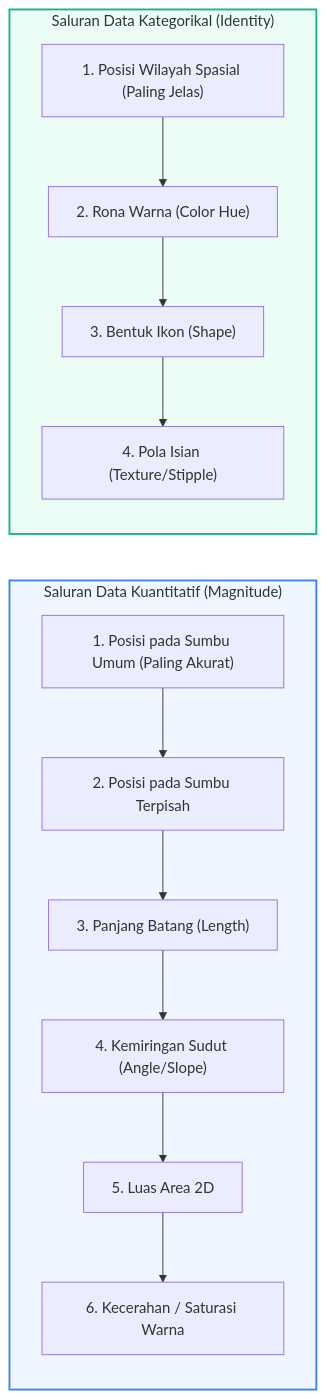
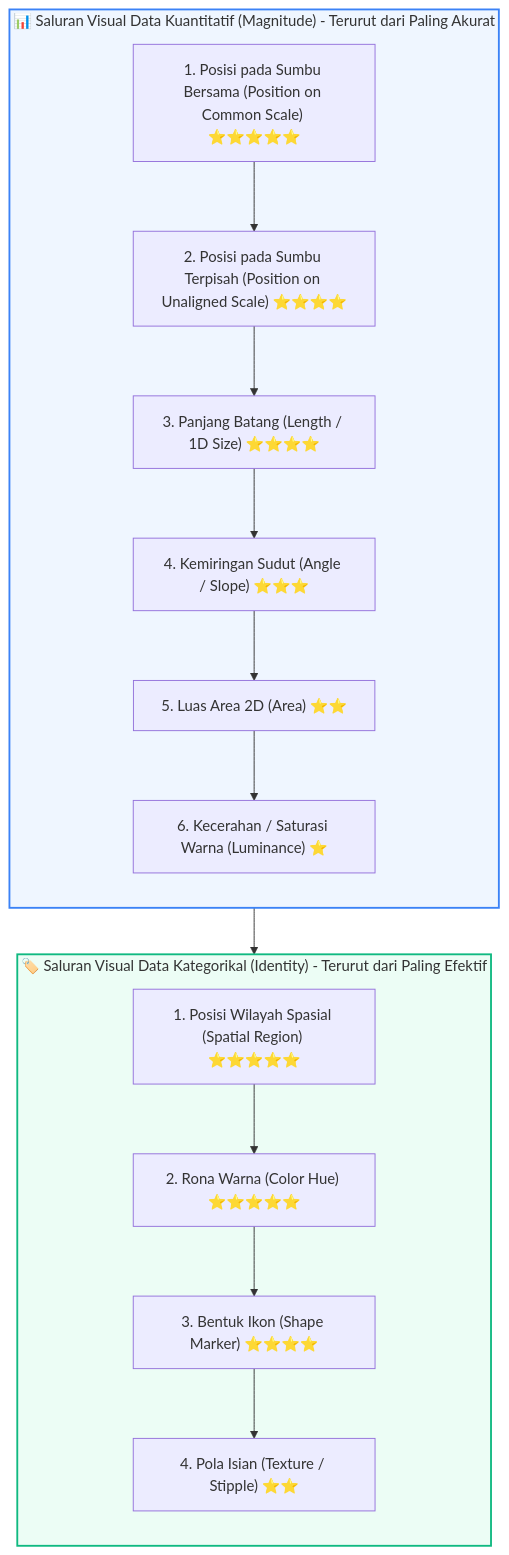
One commit to mahendaruui/Perkuliahan changed the third of 3 diagrams in docs/visualisasi-data/03-prinsip-tufte-munzner.md. Above: the diagram before and after it, drawn with Mermaid. The commit also changed other lines of this file and 15 other files, not shown here.

Commit message:
refactor: update and standardize mermaid diagrams across all documentation modules

````diff
--- a/docs/visualisasi-data/03-prinsip-tufte-munzner.md
+++ b/docs/visualisasi-data/03-prinsip-tufte-munzner.md
@@ -112,25 +111,25 @@
 ```mermaid
-flowchart LR
-    subgraph Kuantitatif["Saluran Data Kuantitatif (Magnitude)"]
+flowchart TD
+    subgraph Kuantitatif["📊 Saluran Visual Data Kuantitatif (Magnitude) - Terurut dari Paling Akurat"]
         direction TB
-        Q1["1. Posisi pada Sumbu Umum (Paling Akurat)"]
-        Q2["2. Posisi pada Sumbu Terpisah"]
-        Q3["3. Panjang Batang (Length)"]
-        Q4["4. Kemiringan Sudut (Angle/Slope)"]
-        Q5["5. Luas Area 2D"]
-        Q6["6. Kecerahan / Saturasi Warna"]
-        Q1 --> Q2 --> Q3 --> Q4 --> Q5 --> Q6
+        Q1["1. Posisi pada Sumbu Bersama (Position on Common Scale) ⭐⭐⭐⭐⭐"]
+        --> Q2["2. Posisi pada Sumbu Terpisah (Position on Unaligned Scale) ⭐⭐⭐⭐"]
+        --> Q3["3. Panjang Batang (Length / 1D Size) ⭐⭐⭐⭐"]
+        --> Q4["4. Kemiringan Sudut (Angle / Slope) ⭐⭐⭐"]
+        --> Q5["5. Luas Area 2D (Area) ⭐⭐"]
+        --> Q6["6. Kecerahan / Saturasi Warna (Luminance) ⭐"]
     end
 
-    subgraph Kategorikal["Saluran Data Kategorikal (Identity)"]
+    subgraph Kategorikal["🏷️ Saluran Visual Data Kategorikal (Identity) - Terurut dari Paling Efektif"]
         direction TB
-        C1["1. Posisi Wilayah Spasial (Paling Jelas)"]
-        C2["2. Rona Warna (Color Hue)"]
-        C3["3. Bentuk Ikon (Shape)"]
-        C4["4. Pola Isian (Texture/Stipple)"]
-        C1 --> C2 --> C3 --> C4
+        C1["1. Posisi Wilayah Spasial (Spatial Region) ⭐⭐⭐⭐⭐"]
+        --> C2["2. Rona Warna (Color Hue) ⭐⭐⭐⭐⭐"]
+        --> C3["3. Bentuk Ikon (Shape Marker) ⭐⭐⭐⭐"]
+        --> C4["4. Pola Isian (Texture / Stipple) ⭐⭐"]
     end
+
+    Kuantitatif --> Kategorikal
 
     style Kuantitatif fill:#eff6ff,stroke:#3b82f6,stroke-width:2px
     style Kategorikal fill:#ecfdf5,stroke:#10b981,stroke-width:2px
 ```
````
